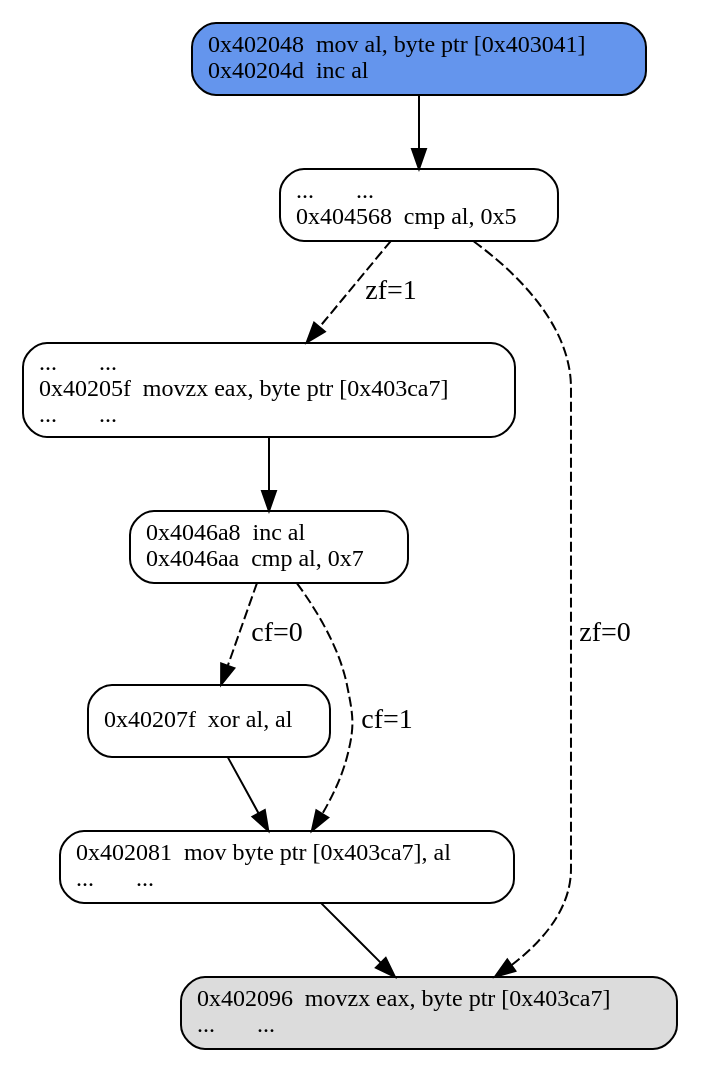
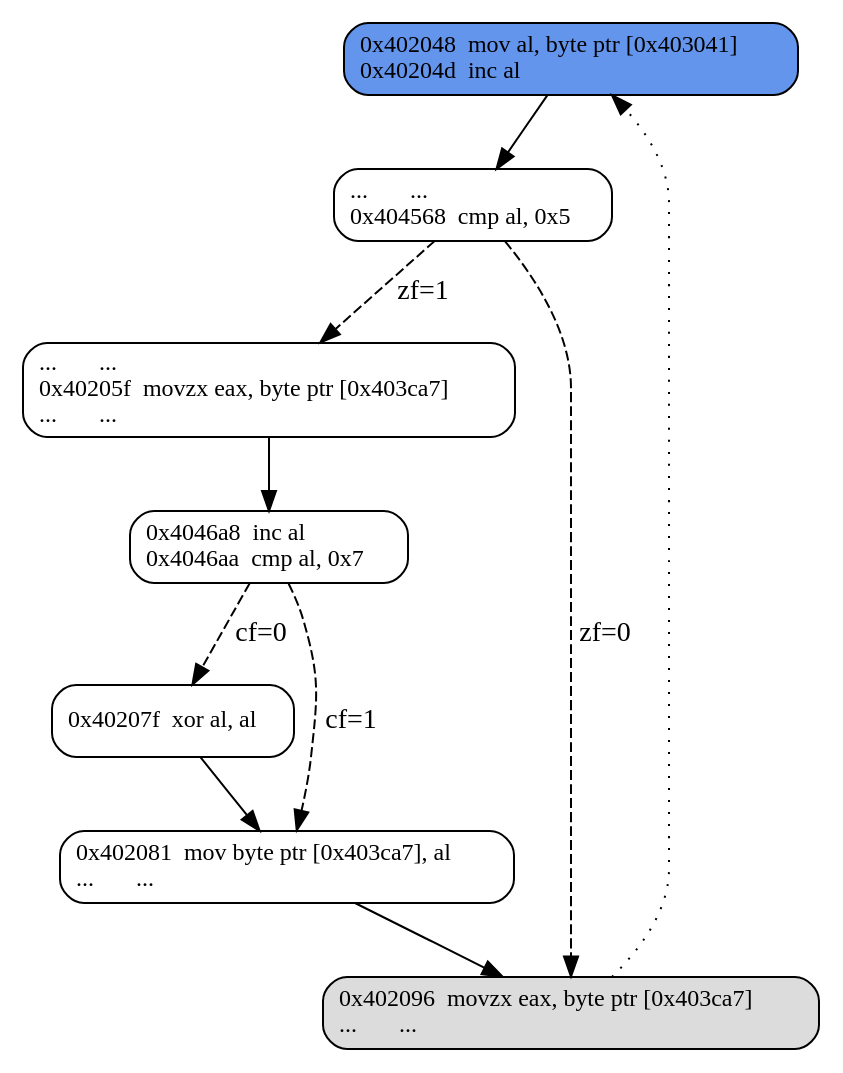
Before and after one commit to tathanhdinh/write-ups: the diagram in F4b_XOR_W4kfu_GreHack2015_part2/images/f4b_opcode_table_slice.dot, drawn with Graphviz. The commit also changed 6 other files, not shown here.

```diff
--- a/F4b_XOR_W4kfu_GreHack2015_part2/images/f4b_opcode_table_slice.dot
+++ b/F4b_XOR_W4kfu_GreHack2015_part2/images/f4b_opcode_table_slice.dot
@@ -1,52 +1,53 @@
 digraph G {
   0 [
     fontname="Source Code Pro",
     fontsize=12, shape=box, style="rounded,filled", fillcolor=cornflowerblue,
     label="0x402048  mov al, byte ptr [0x403041]\l0x40204d  inc al\l"
   ];
 
   1 [
     fontname="Source Code Pro",
     fontsize=12, shape=box, style=rounded,
     label="...       ...\l0x404568  cmp al, 0x5\l"
   ];
 
   2 [
     fontname="Source Code Pro",
     fontsize=12, shape=box, style=rounded,
     label="...       ...\l0x40205f  movzx eax, byte ptr [0x403ca7]\l...       ...\l"
   ];
 
   3 [
     fontname="Source Code Pro",
     fontsize=12, shape=box, style=rounded,
     label="0x4046a8  inc al\l0x4046aa  cmp al, 0x7\l"
   ];
 
   4 [
     fontname="Source Code Pro",
     fontsize=12, shape=box, style=rounded,
     label="0x40207f  xor al, al\l"
   ];
 
   5 [
     fontname="Source Code Pro",
     fontsize=12, shape=box, style=rounded,
     label="0x402081  mov byte ptr [0x403ca7], al\l...       ...\l"
   ]
 
   6 [
     fontname="Source Code Pro",
     fontsize=12, shape=box, style="rounded,filled", fillcolor=gainsboro,
     label="0x402096  movzx eax, byte ptr [0x403ca7]\l...       ...\l"
   ]
 
   0 -> 1 [label="", style="solid"];
   1 -> 2 [label="zf=1", style="dashed"];
   1 -> 6 [label="zf=0", style="dashed"];
   2 -> 3 [label="", style="solid"];
   3 -> 4 [label="cf=0", style="dashed"];
   3 -> 5 [label="cf=1", style="dashed"];
   4 -> 5 [label="", style="solid"];
   5 -> 6 [label="", style="solid"];
+  6 -> 0 [label="", style="dotted"];
 }
```
